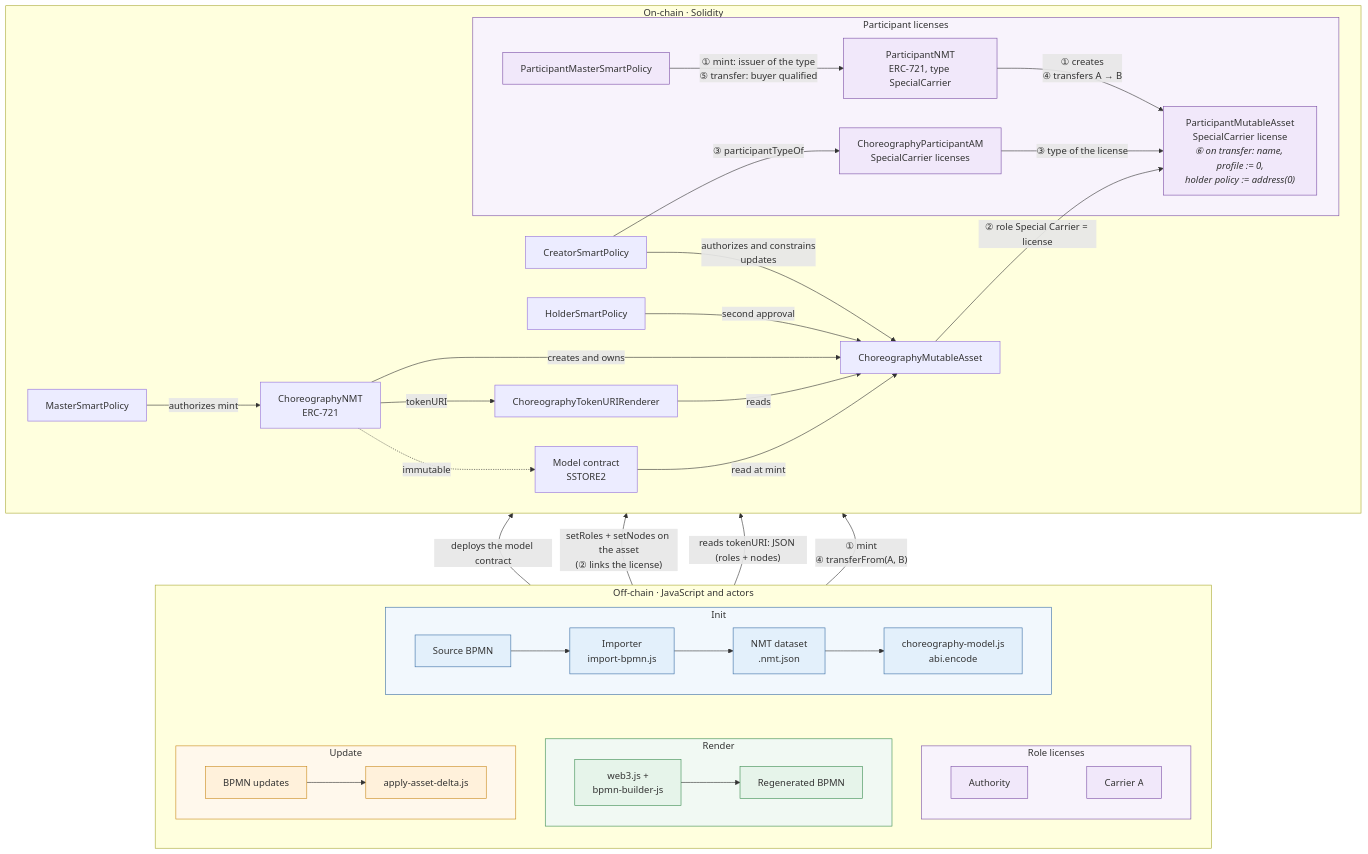
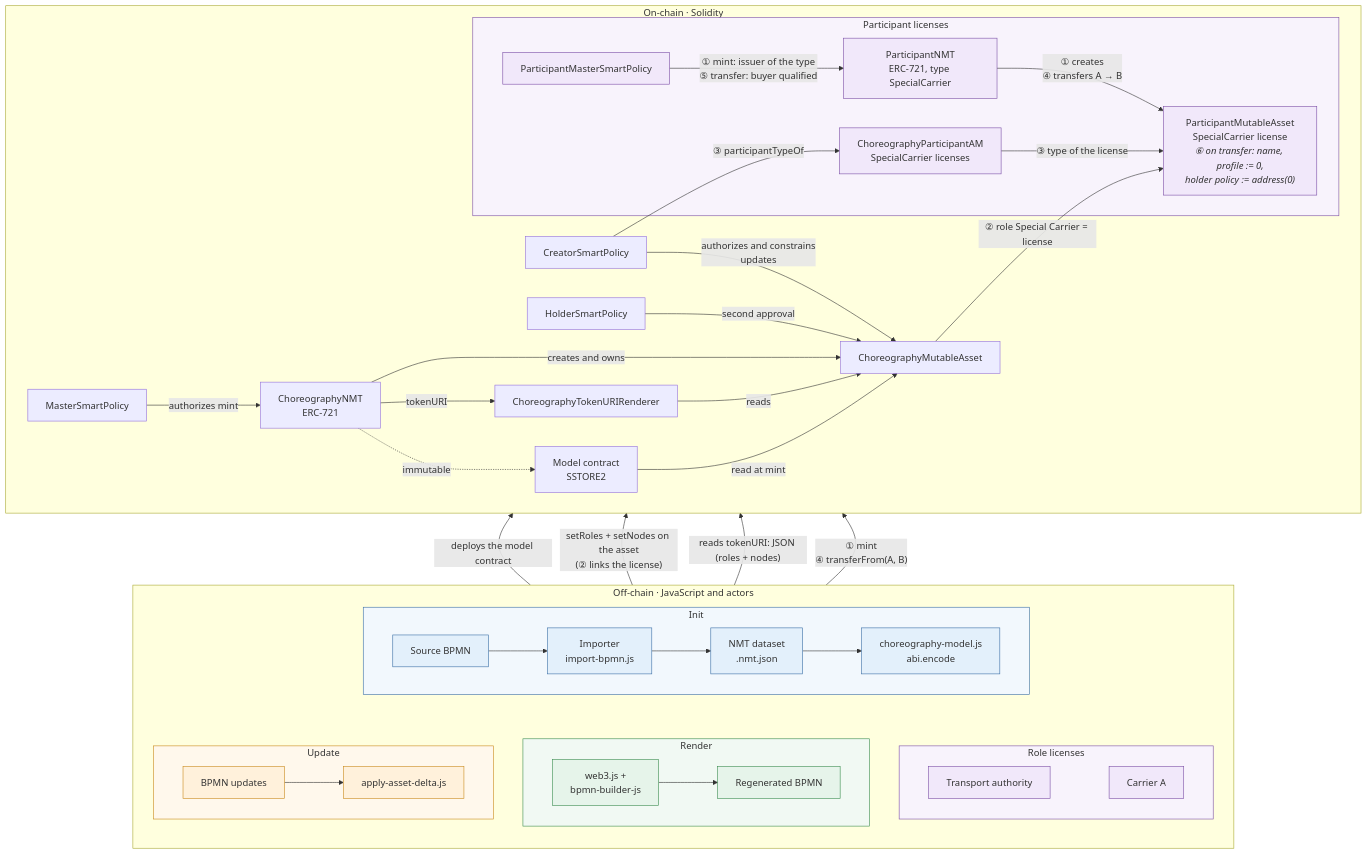
One commit to d0na/ChorNMT changed the diagram in docs/uml/architecture-participants.mmd. Above: the diagram before and after it, drawn with Mermaid. The commit also changed 94 other files, not shown here.

```diff
--- a/docs/uml/architecture-participants.mmd
+++ b/docs/uml/architecture-participants.mmd
@@ -1,64 +1,64 @@
 flowchart BT
   subgraph onchain[On-chain · Solidity]
     direction LR
     MP[MasterSmartPolicy] -->|authorizes mint| NMT[ChoreographyNMT<br/>ERC-721]
     NMT -->|creates and owns| CMA[ChoreographyMutableAsset]
     NMT -->|tokenURI| TR[ChoreographyTokenURIRenderer]
     TR -->|reads| CMA
     NMT -.->|immutable| MC[Model contract<br/>SSTORE2]
     MC -->|read at mint| CMA
     CP[CreatorSmartPolicy] -->|authorizes and constrains<br/>updates| CMA
     HP[HolderSmartPolicy] -->|second approval| CMA
 
     subgraph part[Participant licenses]
       PMP[ParticipantMasterSmartPolicy] -->|"① mint: issuer of the type<br/>⑤ transfer: buyer qualified"| PNMT[ParticipantNMT<br/>ERC-721, type SpecialCarrier]
       PNMT -->|"① creates<br/>④ transfers A → B"| LIC["ParticipantMutableAsset<br/>SpecialCarrier license<br/><i>⑥ on transfer: name, profile := 0,<br/>holder policy := address(0)</i>"]
       AM[ChoreographyParticipantAM<br/>SpecialCarrier licenses] -->|"③ type of the license"| LIC
     end
     CMA -->|"② role Special Carrier = license"| LIC
     CP -->|"③ participantTypeOf"| AM
   end
 
   subgraph offchain[Off-chain · JavaScript and actors]
     direction TB
     subgraph update[Update]
       direction LR
       U[BPMN updates] --> A[apply-asset-delta.js]
     end
     subgraph render[Render]
       direction LR
       R[web3.js +<br/>bpmn-builder-js] --> X[Regenerated BPMN]
     end
     subgraph roles[Role licenses]
       direction LR
-      AU[Authority] ~~~ CA[Carrier A]
+      AU[Transport authority] ~~~ CA[Carrier A]
     end
     subgraph init[Init]
       direction LR
       B[Source BPMN] --> I[Importer<br/>import-bpmn.js]
       I --> D[NMT dataset<br/>.nmt.json]
       D --> M[choreography-model.js<br/>abi.encode]
     end
   end
 
   init ~~~ update
   init ~~~ render
   init ~~~ roles
   init -->|deploys the model contract| onchain
   update -->|"setRoles + setNodes on the asset<br/>(② links the license)"| onchain
   render -->|"reads tokenURI: JSON (roles + nodes)"| onchain
   roles -->|"① mint<br/>④ transferFrom(A, B)"| onchain
 
   classDef initNode fill:#E3F0FB,stroke:#3A6EA5
   classDef updateNode fill:#FFF1DB,stroke:#C98A1B
   classDef renderNode fill:#E6F4EA,stroke:#3C8D50
   classDef partNode fill:#F1E8FA,stroke:#7B4FA6
   class B,I,D,M initNode
   class U,A updateNode
   class R,X renderNode
   class AU,CA,PMP,PNMT,LIC,AM partNode
   style init fill:#F2F8FD,stroke:#3A6EA5
   style update fill:#FFF8EC,stroke:#C98A1B
   style render fill:#F1F9F3,stroke:#3C8D50
   style roles fill:#F8F3FC,stroke:#7B4FA6
   style part fill:#F8F3FC,stroke:#7B4FA6
```
